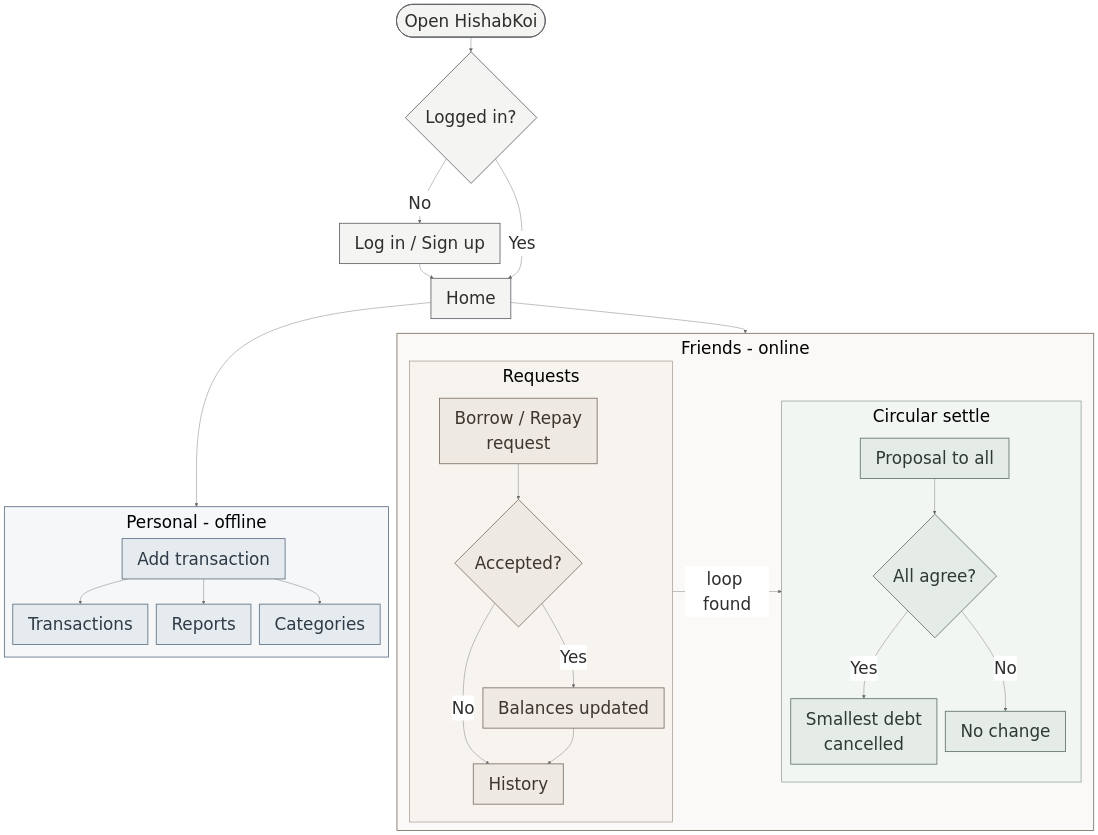
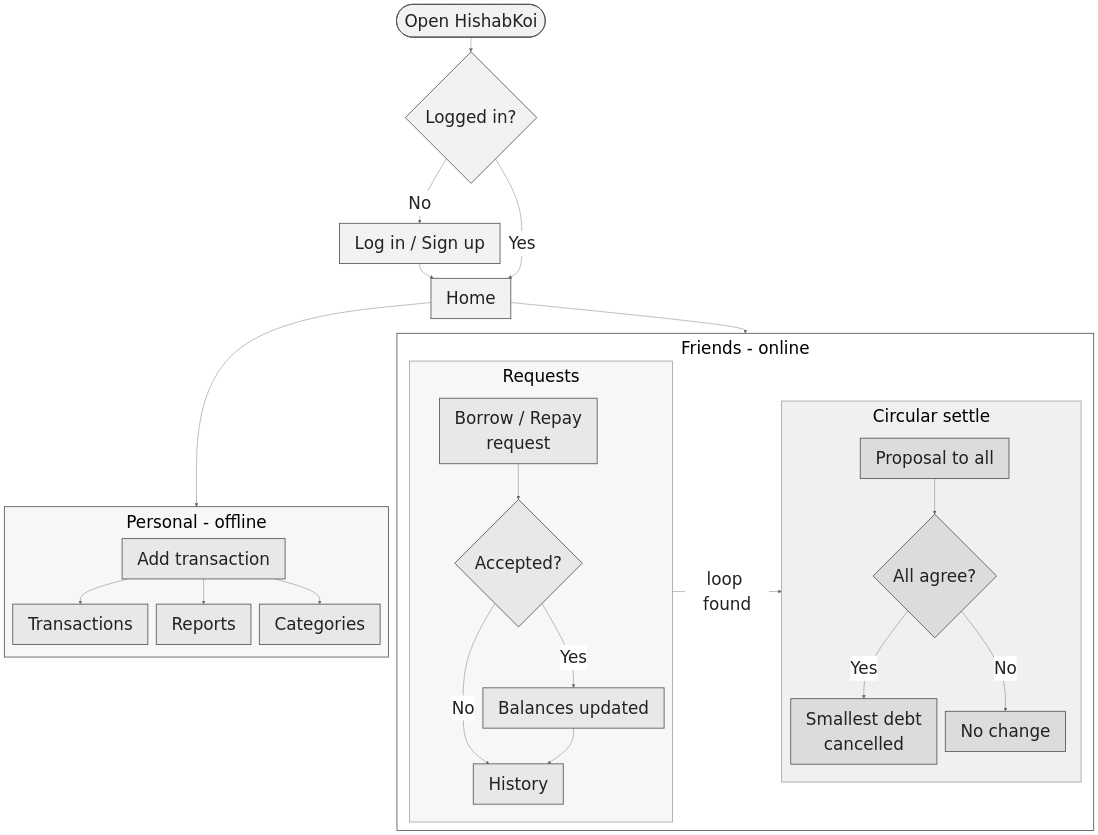
The diagram in docs/flowchart.mmd (Mahin7773/HishabKoi), drawn with Mermaid before and after one commit. The commit also changed other lines of this file and 1 other file, not shown here.

Commit message:
Use only black, white and grey in the flowchart

```diff
--- a/docs/flowchart.mmd
+++ b/docs/flowchart.mmd
@@ -1,48 +1,48 @@
-%%{init: {'theme':'base','themeVariables':{'primaryColor':'#FFFFFF','primaryBorderColor':'#5F6368','primaryTextColor':'#2E2E2E','lineColor':'#6B6B6B','textColor':'#2E2E2E','edgeLabelBackground':'#FFFFFF','clusterBkg':'#FFFFFF','clusterBorder':'#8A8A8A','fontFamily':'Segoe UI, Arial','fontSize':'40px'}, 'flowchart':{'wrappingWidth':360,'nodeSpacing':20,'rankSpacing':35,'padding':18,'diagramPadding':8,'subGraphTitleMargin':{'top':6,'bottom':40}}}}%%
+%%{init: {'theme':'base','themeVariables':{'primaryColor':'#FFFFFF','primaryBorderColor':'#555555','primaryTextColor':'#222222','lineColor':'#666666','textColor':'#222222','edgeLabelBackground':'#FFFFFF','clusterBkg':'#FFFFFF','clusterBorder':'#8A8A8A','fontFamily':'Segoe UI, Arial','fontSize':'40px'}, 'flowchart':{'wrappingWidth':360,'nodeSpacing':20,'rankSpacing':35,'padding':18,'diagramPadding':8,'subGraphTitleMargin':{'top':6,'bottom':40}}}}%%
 flowchart TD
     A([Open HishabKoi]) --> B{Logged in?}
     B -- No --> C[Log in / Sign up]
     C --> D
     B -- Yes --> D[Home]
 
     D --> PS
     D --> W
 
     subgraph PS [Personal - offline]
         direction TB
         P1[Add transaction] --> P2[Transactions]
         P1 --> P3[Reports]
         P1 --> P4[Categories]
     end
 
     subgraph W [Friends - online]
     direction LR
     subgraph FS [Requests]
         direction TB
         F1[Borrow / Repay<br/>request] --> F2{Accepted?}
         F2 -- No --> F5[History]
         F2 -- Yes --> F3[Balances updated]
         F3 --> F5
     end
 
     FS -- loop found --> LP
 
     subgraph LP [Circular settle]
         direction TB
         L1[Proposal to all] --> L2{All agree?}
         L2 -- Yes --> L3[Smallest debt<br/>cancelled]
         L2 -- No --> L4[No change]
     end
     end
 
-    classDef default fill:#F4F4F2,stroke:#5F6368,stroke-width:2px,color:#2E2E2E,font-size:40px
-    classDef personal fill:#E6EBF0,stroke:#5E7183,stroke-width:2px,color:#2F3B46
-    classDef friends fill:#EEE9E3,stroke:#7D7064,stroke-width:2px,color:#3D352E
-    classDef loop fill:#E5ECE7,stroke:#617468,stroke-width:2px,color:#2F3A33
+    classDef default fill:#F2F2F2,stroke:#555555,stroke-width:2px,color:#222222,font-size:40px
+    classDef personal fill:#E8E8E8,stroke:#555555,stroke-width:2px,color:#222222
+    classDef friends fill:#E8E8E8,stroke:#555555,stroke-width:2px,color:#222222
+    classDef loop fill:#DCDCDC,stroke:#555555,stroke-width:2px,color:#222222
     class P1,P2,P3,P4 personal
     class F1,F2,F3,F5 friends
     class L1,L2,L3,L4 loop
-    style W fill:#FAF9F7,stroke:#7D7064,stroke-width:2px
-    style PS fill:#F5F7F9,stroke:#5E7183,stroke-width:2px
-    style FS fill:#F7F4F0,stroke:#9A8E82,stroke-width:1.5px
-    style LP fill:#F2F6F3,stroke:#7F9186,stroke-width:1.5px
+    style W fill:#FFFFFF,stroke:#555555,stroke-width:2px
+    style PS fill:#F7F7F7,stroke:#555555,stroke-width:2px
+    style FS fill:#F7F7F7,stroke:#888888,stroke-width:1.5px
+    style LP fill:#F0F0F0,stroke:#888888,stroke-width:1.5px
```
